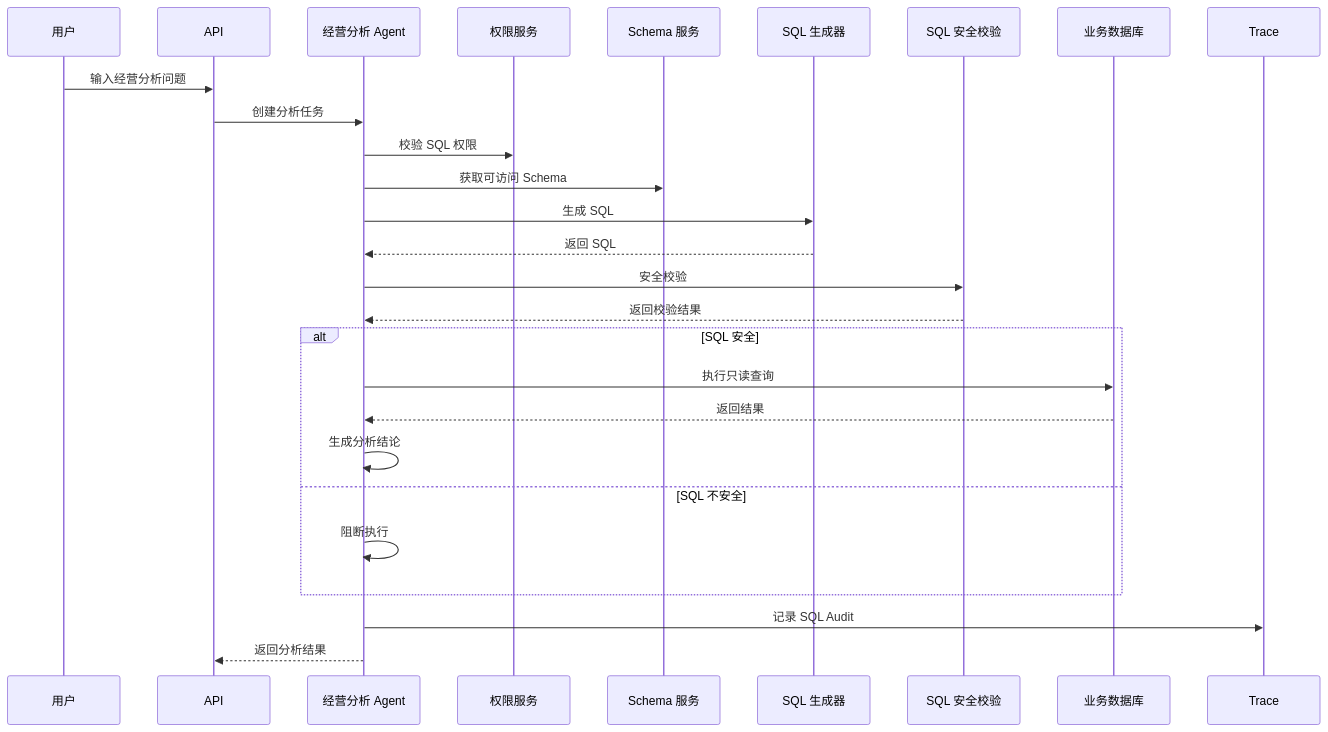
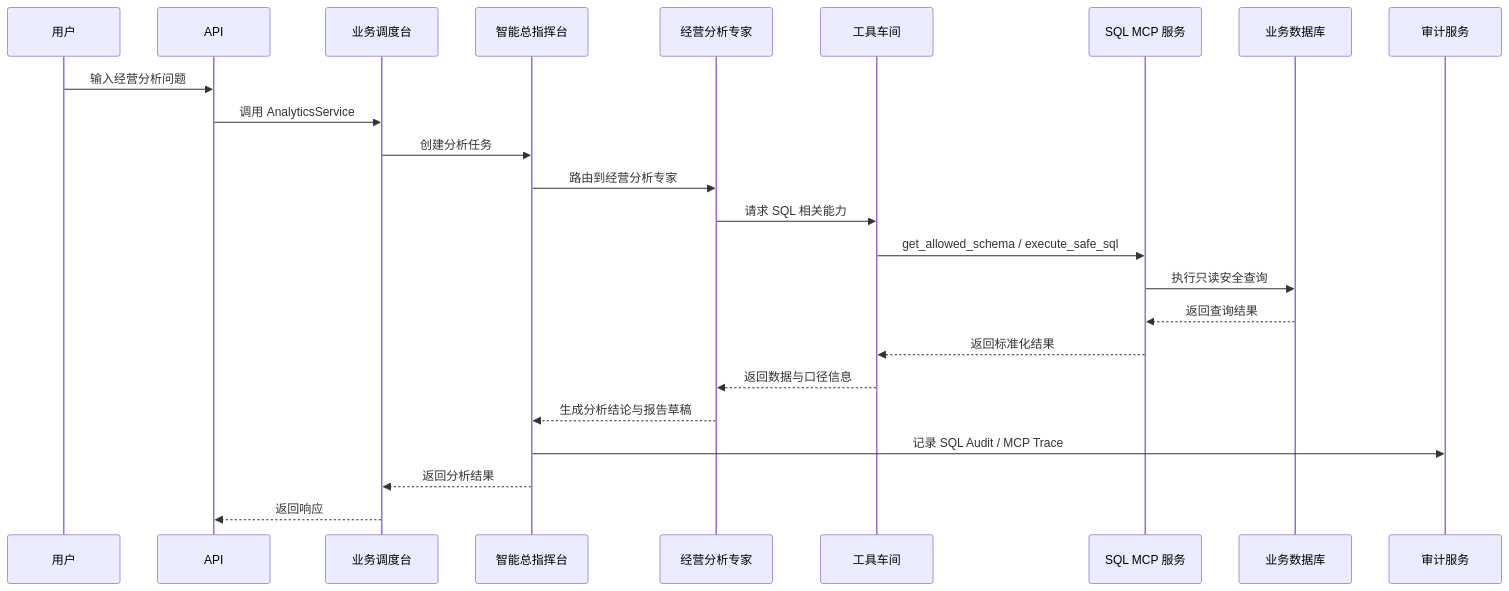
The ninth of 10 diagrams in docs/ARCHITECTURE.md (zhangzhijin1018/enterprise-knowledge-agentic-rag), drawn with Mermaid before and after one commit. The commit also changed other lines of this file and 4 other files, not shown here.

````diff
--- a/docs/ARCHITECTURE.md
+++ b/docs/ARCHITECTURE.md
@@ -1196,30 +1343,27 @@
 ```mermaid
 sequenceDiagram
     participant User as 用户
     participant API as API
-    participant Agent as 经营分析 Agent
-    participant Perm as 权限服务
-    participant Schema as Schema 服务
-    participant SQLGen as SQL 生成器
-    participant SQLGuard as SQL 安全校验
+    participant APP as 业务调度台
+    participant Control as 智能总指挥台
+    participant Analytics as 经营分析专家
+    participant Fabric as 工具车间
+    participant MCP as SQL MCP 服务
     participant DB as 业务数据库
-    participant Trace as Trace
+    participant Trace as 审计服务
 
     User->>API: 输入经营分析问题
-    API->>Agent: 创建分析任务
-    Agent->>Perm: 校验 SQL 权限
-    Agent->>Schema: 获取可访问 Schema
-    Agent->>SQLGen: 生成 SQL
-    SQLGen-->>Agent: 返回 SQL
-    Agent->>SQLGuard: 安全校验
-    SQLGuard-->>Agent: 返回校验结果
-    alt SQL 安全
-        Agent->>DB: 执行只读查询
-        DB-->>Agent: 返回结果
-        Agent->>Agent: 生成分析结论
-    else SQL 不安全
-        Agent->>Agent: 阻断执行
-    end
-    Agent->>Trace: 记录 SQL Audit
-    Agent-->>API: 返回分析结果
+    API->>APP: 调用 AnalyticsService
+    APP->>Control: 创建分析任务
+    Control->>Analytics: 路由到经营分析专家
+    Analytics->>Fabric: 请求 SQL 相关能力
+    Fabric->>MCP: get_allowed_schema / execute_safe_sql
+    MCP->>DB: 执行只读安全查询
+    DB-->>MCP: 返回查询结果
+    MCP-->>Fabric: 返回标准化结果
+    Fabric-->>Analytics: 返回数据与口径信息
+    Analytics-->>Control: 生成分析结论与报告草稿
+    Control->>Trace: 记录 SQL Audit / MCP Trace
+    Control-->>APP: 返回分析结果
+    APP-->>API: 返回响应
 ```
````
